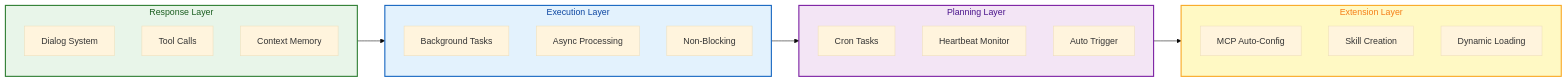
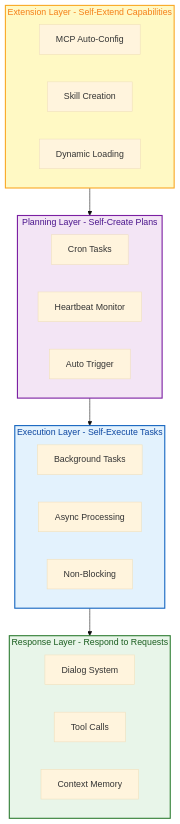
The first of 9 diagrams in README.md (zhangjingyuan177-hue/FinchBot), drawn with Mermaid (base theme) before and after one commit. The commit also changed other lines of this file and 1 other file, not shown here.

````diff
--- a/README.md
+++ b/README.md
@@ -154,33 +63,37 @@
 ```mermaid
-flowchart LR
-    subgraph L1["Response Layer"]
+flowchart TB
+    subgraph L4["Extension Layer - Self-Extend Capabilities"]
+        direction LR
+        E1["MCP Auto-Config"]
+        E2["Skill Creation"]
+        E3["Dynamic Loading"]
+    end
+
+    subgraph L3["Planning Layer - Self-Create Plans"]
+        direction LR
+        P1["Cron Tasks"]
+        P2["Heartbeat Monitor"]
+        P3["Auto Trigger"]
+    end
+
+    subgraph L2["Execution Layer - Self-Execute Tasks"]
+        direction LR
+        X1["Background Tasks"]
+        X2["Async Processing"]
+        X3["Non-Blocking"]
+    end
+
+    subgraph L1["Response Layer - Respond to Requests"]
+        direction LR
         R1["Dialog System"]
         R2["Tool Calls"]
         R3["Context Memory"]
     end
 
-    subgraph L2["Execution Layer"]
-        X1["Background Tasks"]
-        X2["Async Processing"]
-        X3["Non-Blocking"]
-    end
-
-    subgraph L3["Planning Layer"]
-        P1["Cron Tasks"]
-        P2["Heartbeat Monitor"]
-        P3["Auto Trigger"]
-    end
-
-    subgraph L4["Extension Layer"]
-        E1["MCP Auto-Config"]
-        E2["Skill Creation"]
-        E3["Dynamic Loading"]
-    end
-
-    L1 --> L2 --> L3 --> L4
+    L4 --> L3 --> L2 --> L1
 
     style L1 fill:#e8f5e9,stroke:#2e7d32,stroke-width:2px,color:#1b5e20
     style L2 fill:#e3f2fd,stroke:#1565c0,stroke-width:2px,color:#0d47a1
     style L3 fill:#f3e5f5,stroke:#7b1fa2,stroke-width:2px,color:#4a148c
     style L4 fill:#fff9c4,stroke:#f9a825,stroke-width:2px,color:#f57f17
 ```
````
